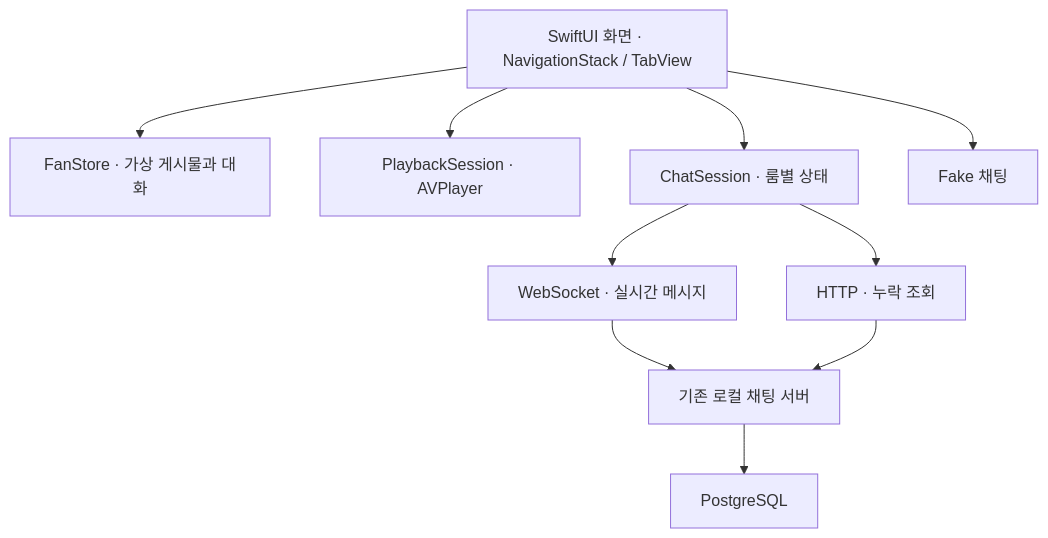
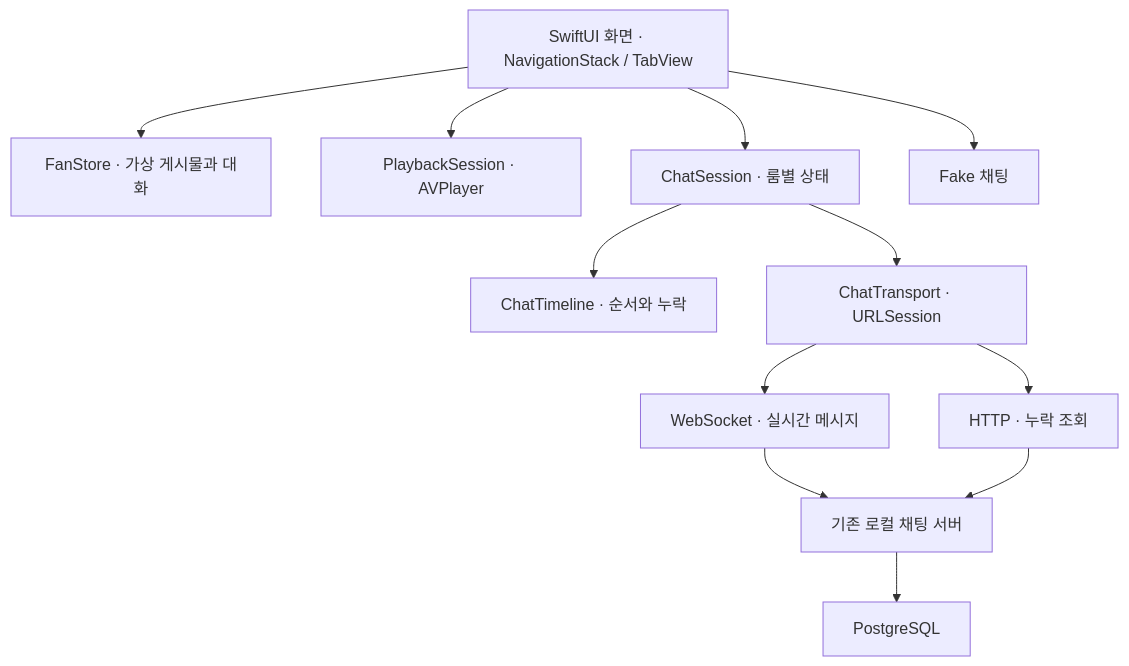
Before and after one commit to CodingBot000/FanStage_iOS: the diagram in README.md, drawn with Mermaid. The commit also changed other lines of this file and 2 other files, not shown here.

Commit message:
docs: record phase two chat architecture verification

````diff
--- a/README.md
+++ b/README.md
@@ -45,12 +45,14 @@
 ```mermaid
 flowchart TB
     UI["SwiftUI 화면 · NavigationStack / TabView"] --> STORE["FanStore · 가상 게시물과 대화"]
     UI --> PLAYER["PlaybackSession · AVPlayer"]
     UI --> CHAT["ChatSession · 룸별 상태"]
     UI --> FAKE["Fake 채팅"]
-    CHAT --> WS["WebSocket · 실시간 메시지"]
-    CHAT --> HTTP["HTTP · 누락 조회"]
+    CHAT --> TIMELINE["ChatTimeline · 순서와 누락"]
+    CHAT --> TRANSPORT["ChatTransport · URLSession"]
+    TRANSPORT --> WS["WebSocket · 실시간 메시지"]
+    TRANSPORT --> HTTP["HTTP · 누락 조회"]
     WS --> SERVER["기존 로컬 채팅 서버"]
     HTTP --> SERVER
     SERVER --> DB["PostgreSQL"]
 ```
````
